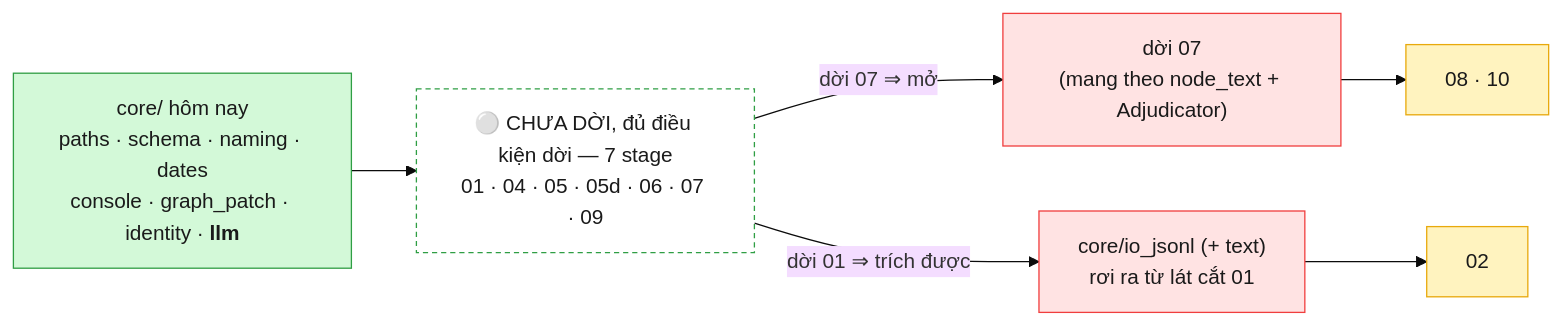
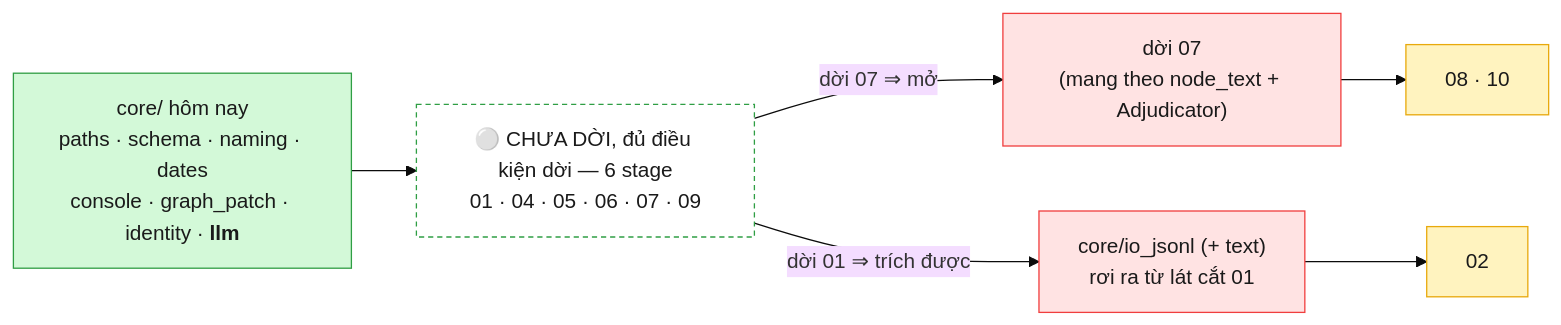
One commit to TranBaDat2607/capstone_test1 changed the second of 4 diagrams in src_module/PIPELINE.md. Above: the diagram before and after it, drawn with Mermaid (base theme). The commit also changed other lines of this file and 2 other files, not shown here.

````diff
--- a/src_module/PIPELINE.md
+++ b/src_module/PIPELINE.md
@@ -204,18 +230,18 @@
 ```mermaid
 flowchart LR
     classDef done fill:#d3f9d8,stroke:#2f9e44,color:#1a1a1a
     classDef ready fill:#ffffff,stroke:#2f9e44,stroke-dasharray:4 3,color:#1a1a1a
     classDef key  fill:#ffe3e3,stroke:#f03e3e,color:#1a1a1a
     classDef pend fill:#fff3bf,stroke:#e8a90c,color:#1a1a1a
 
     CORE["core/ hôm nay<br/>paths · schema · naming · dates<br/>console · graph_patch · identity · <b>llm</b>"]:::done
-    READY["⚪ CHƯA DỜI, đủ điều kiện dời — 7 stage<br/>01 · 04 · 05 · 05d · 06 · 07 · 09"]:::ready
+    READY["⚪ CHƯA DỜI, đủ điều kiện dời — 6 stage<br/>01 · 04 · 05 · 06 · 07 · 09"]:::ready
     S07M["dời 07<br/>(mang theo node_text + Adjudicator)"]:::key
     IOJ["core/io_jsonl (+ text)<br/>rơi ra từ lát cắt 01"]:::key
     U1["08 · 10"]:::pend
     U3["02"]:::pend
 
     CORE --> READY
     READY -->|"dời 07 ⇒ mở"| S07M --> U1
     READY -->|"dời 01 ⇒ trích được"| IOJ --> U3
 ```
````
